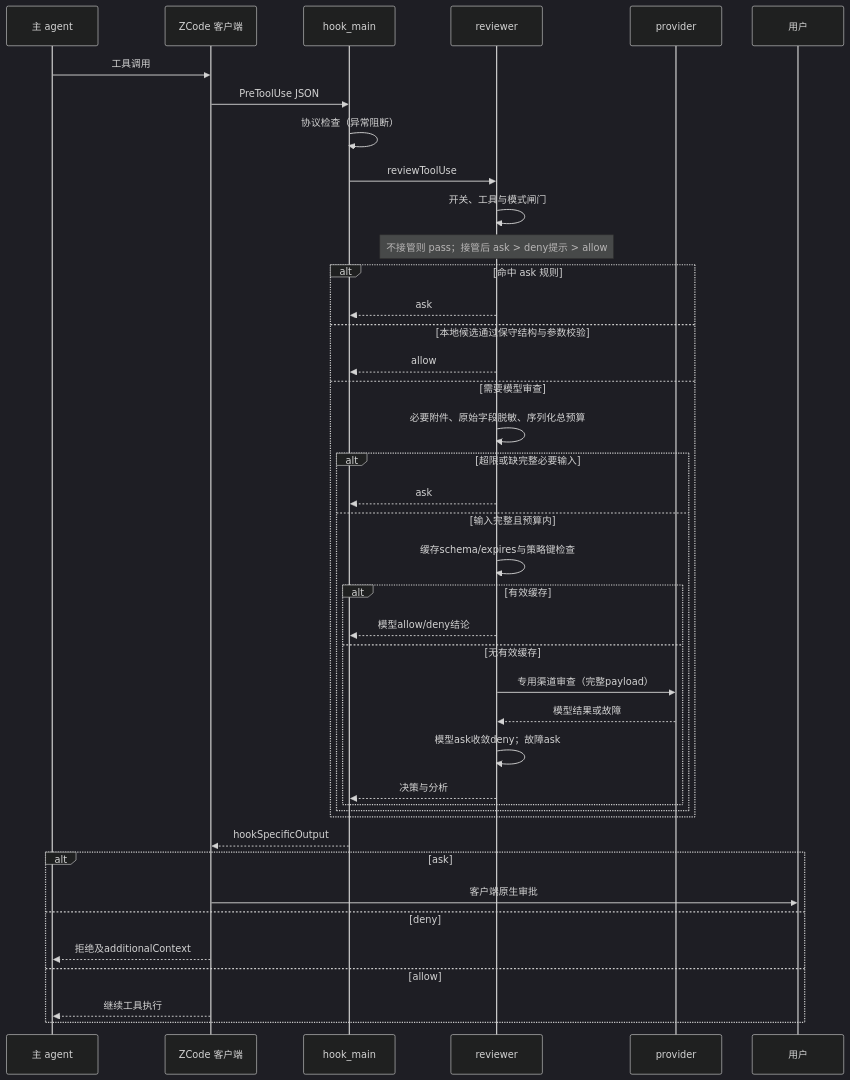
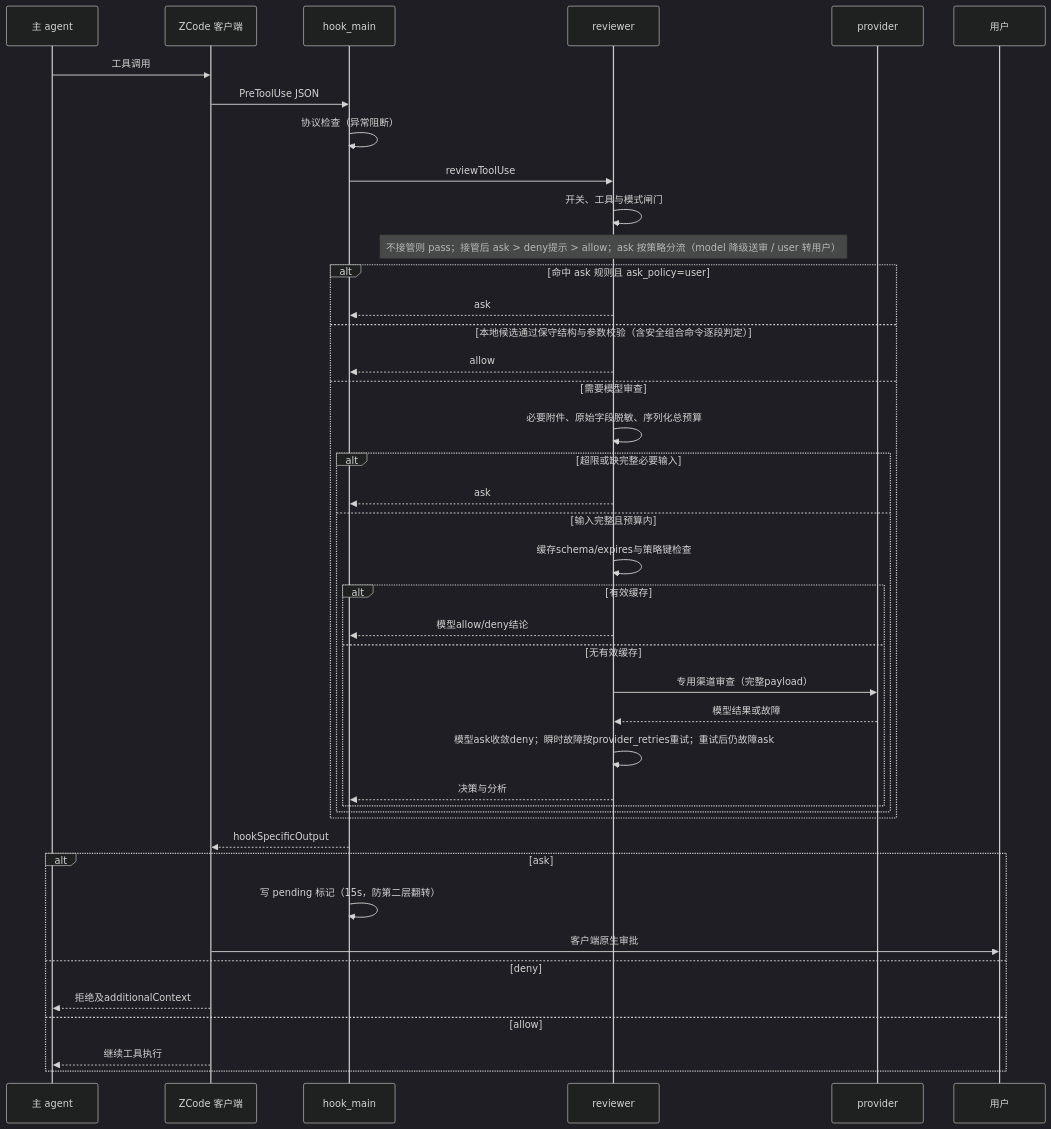
The first of 4 diagrams in docs/project_wiki/02_开发文档/模块运行流程图.md (cy-2-u/zhao), drawn with Mermaid (dark theme) before and after one commit. The commit also changed other lines of this file and 29 other files, not shown here.

Commit message:
release: 0.6.0 三层审批管线——ask_policy 双策略、PermissionRequest 第二层、组合命令快速通道、provider_retries 可配置重试

````diff
--- a/docs/project_wiki/02_开发文档/模块运行流程图.md
+++ b/docs/project_wiki/02_开发文档/模块运行流程图.md
@@ -5,43 +5,44 @@
 ```mermaid
 sequenceDiagram
     participant M as 主 agent
     participant Z as ZCode 客户端
     participant H as hook_main
     participant R as reviewer
     participant P as provider
     participant U as 用户
     M->>Z: 工具调用
     Z->>H: PreToolUse JSON
     H->>H: 协议检查（异常阻断）
     H->>R: reviewToolUse
     R->>R: 开关、工具与模式闸门
-    Note over R: 不接管则 pass；接管后 ask > deny提示 > allow
-    alt 命中 ask 规则
+    Note over R: 不接管则 pass；接管后 ask > deny提示 > allow；ask 按策略分流（model 降级送审 / user 转用户）
+    alt 命中 ask 规则且 ask_policy=user
         R-->>H: ask
-    else 本地候选通过保守结构与参数校验
+    else 本地候选通过保守结构与参数校验（含安全组合命令逐段判定）
         R-->>H: allow
     else 需要模型审查
         R->>R: 必要附件、原始字段脱敏、序列化总预算
         alt 超限或缺完整必要输入
             R-->>H: ask
         else 输入完整且预算内
             R->>R: 缓存schema/expires与策略键检查
             alt 有效缓存
                 R-->>H: 模型allow/deny结论
             else 无有效缓存
                 R->>P: 专用渠道审查（完整payload）
                 P-->>R: 模型结果或故障
-                R->>R: 模型ask收敛deny；故障ask
+                R->>R: 模型ask收敛deny；瞬时故障按provider_retries重试；重试后仍故障ask
                 R-->>H: 决策与分析
             end
         end
     end
     H-->>Z: hookSpecificOutput
     alt ask
+        H->>H: 写 pending 标记（15s，防第二层翻转）
         Z->>U: 客户端原生审批
     else deny
         Z-->>M: 拒绝及additionalContext
     else allow
         Z-->>M: 继续工具执行
     end
 ```
````
